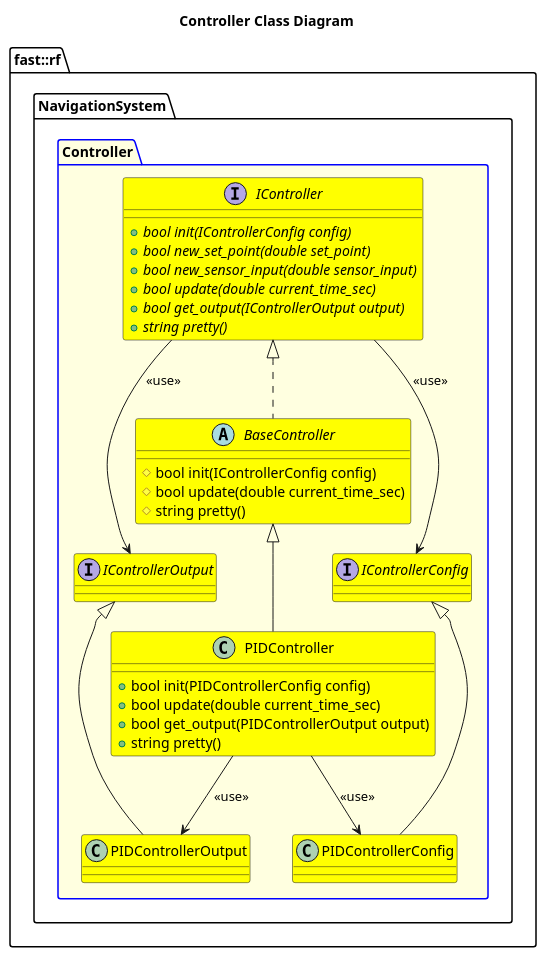
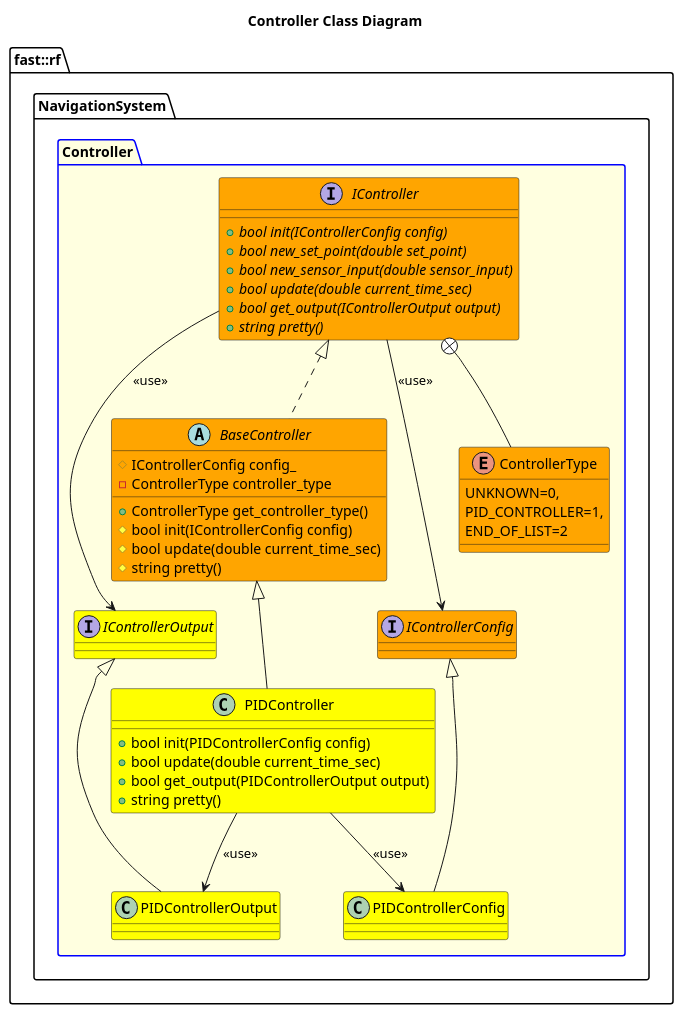
Before and after one commit to fastrobotics/robot_framework: the diagram in Systems/Navigation/doc/puml/ControllerClassDiagram.puml, drawn with PlantUML. The commit also changed 14 other files, not shown here.

```diff
--- a/Systems/Navigation/doc/puml/ControllerClassDiagram.puml
+++ b/Systems/Navigation/doc/puml/ControllerClassDiagram.puml
@@ -1,49 +1,58 @@
 @startuml
 title Controller Class Diagram
 namespace fast::rf {
   namespace NavigationSystem  {
     package Controller #LightYellow;line:blue {
+        enum ControllerType #Orange {
+            UNKNOWN=0,
+            PID_CONTROLLER=1,
+            END_OF_LIST=2
+        }
         interface IControllerOutput #Yellow {
 
         }
-        interface IControllerConfig #Yellow {
+        interface IControllerConfig #Orange {
 
         }
-        interface IController #Yellow {
+        interface IController #Orange {
             +{abstract} bool init(IControllerConfig config)
             +{abstract} bool new_set_point(double set_point)
             +{abstract} bool new_sensor_input(double sensor_input)
             +{abstract} bool update(double current_time_sec)
             +{abstract} bool get_output(IControllerOutput output)
             +{abstract} string pretty()
 
         }
+        IController +-- ControllerType
         IController --> IControllerOutput: <<use>>
         IController --> IControllerConfig: <<use>>
-        abstract BaseController #Yellow {
+        abstract BaseController #Orange {
+            +ControllerType get_controller_type()
             #bool init(IControllerConfig config)
             #bool update(double current_time_sec)
             #string pretty()
+            #IControllerConfig config_
+            -ControllerType controller_type
         }
         BaseController .up.|> IController
         class PIDControllerOutput #Yellow {
 
         }
         PIDControllerOutput -up-|> IControllerOutput
         class PIDControllerConfig #Yellow {
 
         }
         PIDControllerConfig -up-|> IControllerConfig
         class PIDController #Yellow {
             +bool init(PIDControllerConfig config)
             +bool update(double current_time_sec)
             +bool get_output(PIDControllerOutput output)
             +string pretty()
         }
         PIDController -up-|> BaseController
         PIDController --> PIDControllerOutput: <<use>>
         PIDController --> PIDControllerConfig: <<use>>
     }
   }
 }
 @enduml
```
